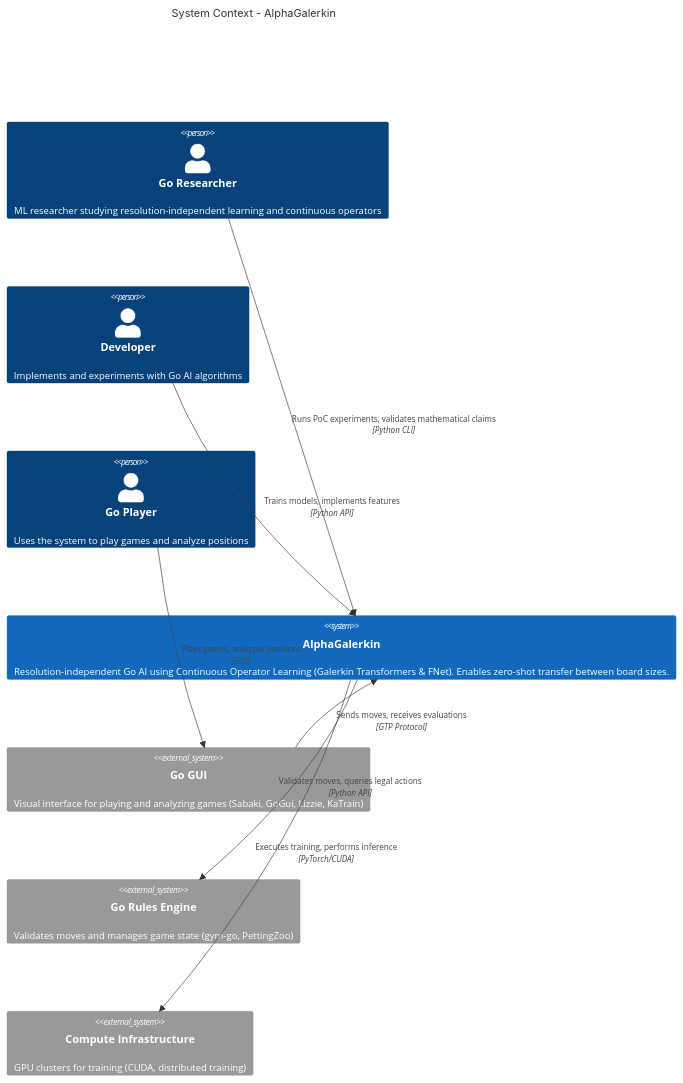
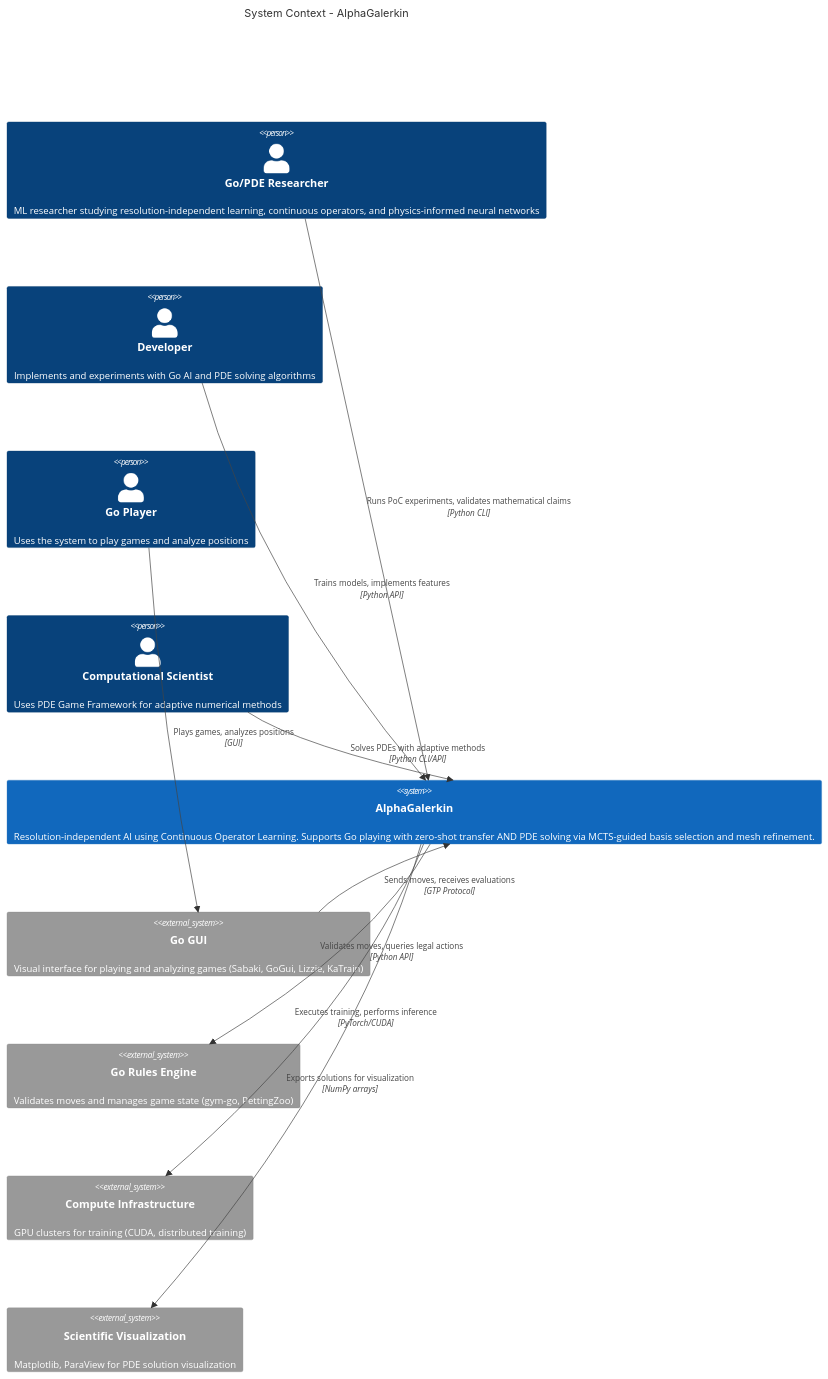
Before and after one commit to ianshank/AlphaGalerkin: the first of 19 diagrams in docs/architecture/c4_mermaid.md, drawn with Mermaid. The commit also changed other lines of this file and 1 other file, not shown here.

First line of the commit message:
docs: Add comprehensive C4 architecture for PDE Game Framework

````diff
--- a/docs/architecture/c4_mermaid.md
+++ b/docs/architecture/c4_mermaid.md
@@ -12,23 +16,27 @@
 ```mermaid
 C4Context
     title System Context - AlphaGalerkin
 
-    Person(researcher, "Go Researcher", "ML researcher studying resolution-independent learning and continuous operators")
-    Person(developer, "Developer", "Implements and experiments with Go AI algorithms")
+    Person(researcher, "Go/PDE Researcher", "ML researcher studying resolution-independent learning, continuous operators, and physics-informed neural networks")
+    Person(developer, "Developer", "Implements and experiments with Go AI and PDE solving algorithms")
     Person(player, "Go Player", "Uses the system to play games and analyze positions")
+    Person(scientist, "Computational Scientist", "Uses PDE Game Framework for adaptive numerical methods")
 
-    System(alphagalerkin, "AlphaGalerkin", "Resolution-independent Go AI using Continuous Operator Learning (Galerkin Transformers & FNet). Enables zero-shot transfer between board sizes.")
+    System(alphagalerkin, "AlphaGalerkin", "Resolution-independent AI using Continuous Operator Learning. Supports Go playing with zero-shot transfer AND PDE solving via MCTS-guided basis selection and mesh refinement.")
 
     System_Ext(go_gui, "Go GUI", "Visual interface for playing and analyzing games (Sabaki, GoGui, Lizzie, KaTrain)")
     System_Ext(go_engine, "Go Rules Engine", "Validates moves and manages game state (gym-go, PettingZoo)")
     System_Ext(compute, "Compute Infrastructure", "GPU clusters for training (CUDA, distributed training)")
+    System_Ext(visualization, "Scientific Visualization", "Matplotlib, ParaView for PDE solution visualization")
 
     Rel(researcher, alphagalerkin, "Runs PoC experiments, validates mathematical claims", "Python CLI")
     Rel(developer, alphagalerkin, "Trains models, implements features", "Python API")
     Rel(player, go_gui, "Plays games, analyzes positions", "GUI")
+    Rel(scientist, alphagalerkin, "Solves PDEs with adaptive methods", "Python CLI/API")
     Rel(go_gui, alphagalerkin, "Sends moves, receives evaluations", "GTP Protocol")
     Rel(alphagalerkin, go_engine, "Validates moves, queries legal actions", "Python API")
     Rel(alphagalerkin, compute, "Executes training, performs inference", "PyTorch/CUDA")
+    Rel(alphagalerkin, visualization, "Exports solutions for visualization", "NumPy arrays")
 
     UpdateLayoutConfig($c4ShapeInRow="3", $c4BoundaryInRow="1")
 ```
````
